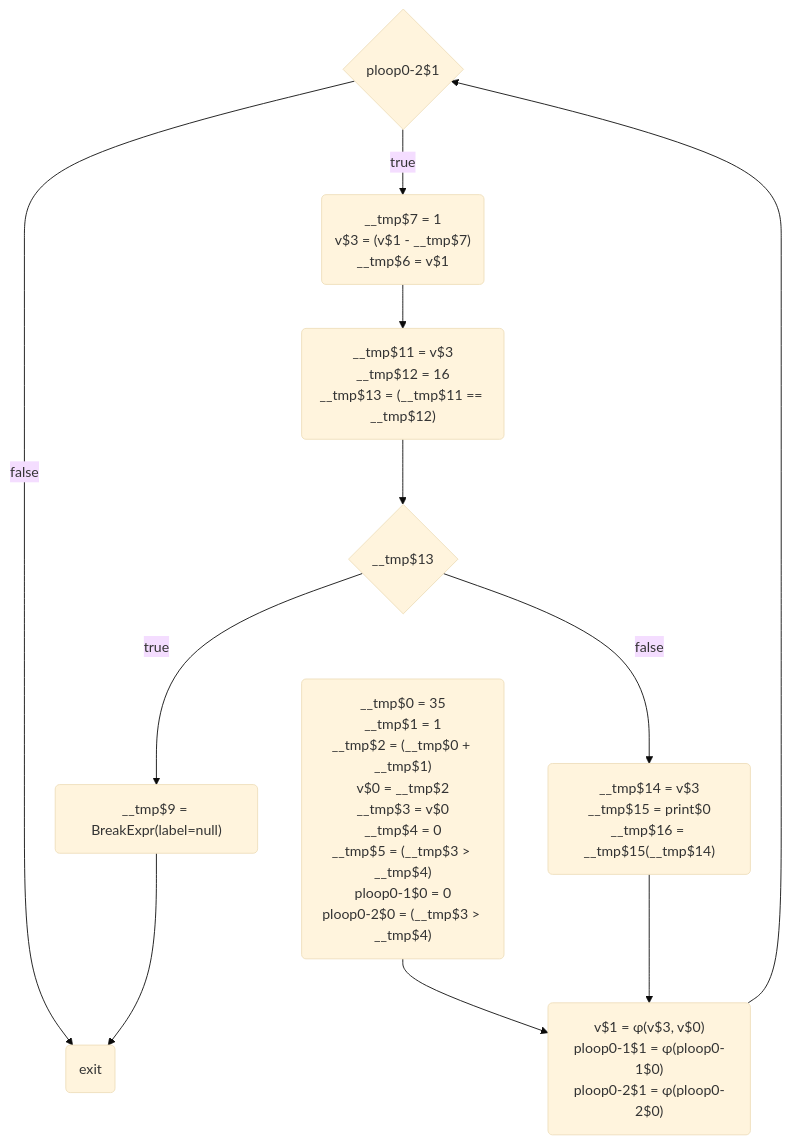
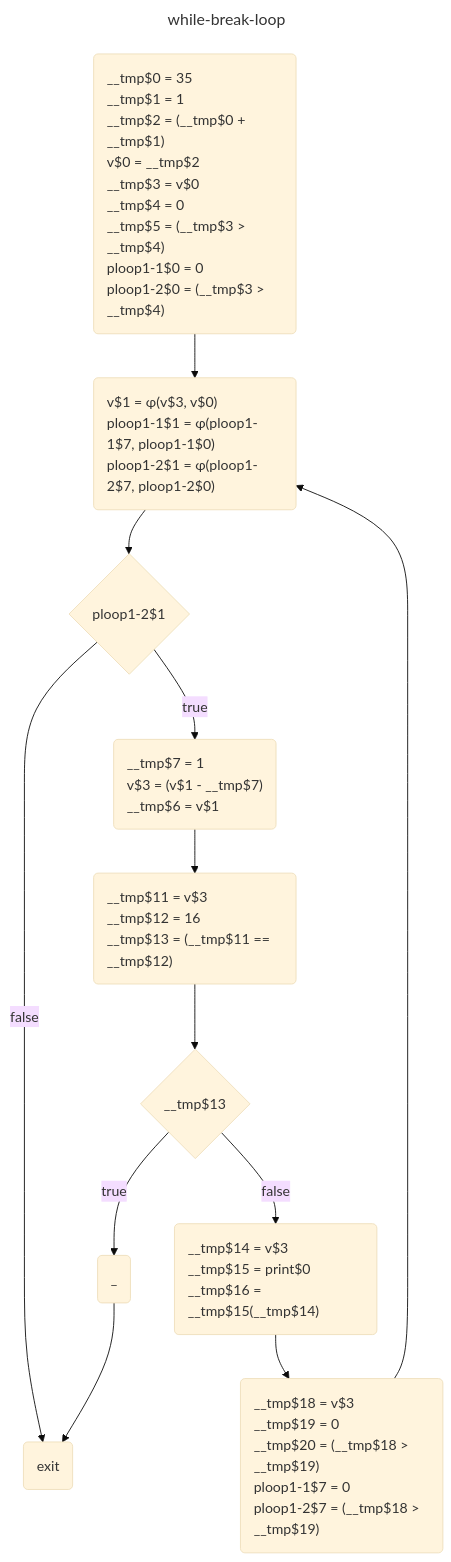
Before and after one commit to dee-tree/sav-lab1: the diagram in res/while-break-loop/ssa-diagram_phi-elim.mmd, drawn with Mermaid (base theme). The commit also changed 33 other files, not shown here.

```diff
--- a/res/while-break-loop/ssa-diagram_phi-elim.mmd
+++ b/res/while-break-loop/ssa-diagram_phi-elim.mmd
@@ -1,20 +1,26 @@
+---
+title: while-break-loop
+---
 flowchart TD
-	cond$20{"ploop0-2$1"}
-	if_cond$22("__tmp$11 = v$3<br>__tmp$12 = 16<br>__tmp$13 = (__tmp$11 == __tmp$12)")
-	while_body$21("__tmp$7 = 1<br>v$3 = (v$1 - __tmp$7)<br>__tmp$6 = v$1")
-	cond$23{"__tmp$13"}
-	while_exit$25("exit")
-	entry$18("__tmp$0 = 35<br>__tmp$1 = 1<br>__tmp$2 = (__tmp$0 + __tmp$1)<br>v$0 = __tmp$2<br>__tmp$3 = v$0<br>__tmp$4 = 0<br>__tmp$5 = (__tmp$3 > __tmp$4)<br>ploop0-1$0 = 0<br>ploop0-2$0 = (__tmp$3 > __tmp$4)")
-	while_start$19("v$1 = φ(v$3, v$0)<br>ploop0-1$1 = φ(ploop0-1$0)<br>ploop0-2$1 = φ(ploop0-2$0)")
-	if_merged$26("__tmp$14 = v$3<br>__tmp$15 = print$0<br>__tmp$16 = __tmp$15(__tmp$14)")
-	if_true$24("__tmp$9 = BreakExpr(label=null)")
-	cond$20 --> |"true"| while_body$21
-	cond$20 --> |"false"| while_exit$25
-	cond$23 --> |"true"| if_true$24
-	entry$18 -->  while_start$19
-	while_start$19 -->  cond$20
-	cond$23 --> |"false"| if_merged$26
-	while_body$21 -->  if_cond$22
-	if_true$24 -->  while_exit$25
-	if_cond$22 -->  cond$23
-	if_merged$26 -->  while_start$19
+	while_start$21("v$1 = φ(v$3, v$0)<br>ploop1-1$1 = φ(ploop1-1$7, ploop1-1$0)<br>ploop1-2$1 = φ(ploop1-2$7, ploop1-2$0)"):::defstyle
+	while_body$23("__tmp$7 = 1<br>v$3 = (v$1 - __tmp$7)<br>__tmp$6 = v$1"):::defstyle
+	entry$20("__tmp$0 = 35<br>__tmp$1 = 1<br>__tmp$2 = (__tmp$0 + __tmp$1)<br>v$0 = __tmp$2<br>__tmp$3 = v$0<br>__tmp$4 = 0<br>__tmp$5 = (__tmp$3 > __tmp$4)<br>ploop1-1$0 = 0<br>ploop1-2$0 = (__tmp$3 > __tmp$4)"):::defstyle
+	null$29("__tmp$18 = v$3<br>__tmp$19 = 0<br>__tmp$20 = (__tmp$18 > __tmp$19)<br>ploop1-1$7 = 0<br>ploop1-2$7 = (__tmp$18 > __tmp$19)"):::defstyle
+	cond$22{"ploop1-2$1"}:::defstyle
+	cond$25{"__tmp$13"}:::defstyle
+	if_cond$24("__tmp$11 = v$3<br>__tmp$12 = 16<br>__tmp$13 = (__tmp$11 == __tmp$12)"):::defstyle
+	while_exit$27("exit"):::defstyle
+	if_merged$28("__tmp$14 = v$3<br>__tmp$15 = print$0<br>__tmp$16 = __tmp$15(__tmp$14)"):::defstyle
+	if_true$26("_"):::defstyle
+	cond$25 --> |"true"| if_true$26
+	if_true$26 -->  while_exit$27
+	while_body$23 -->  if_cond$24
+	entry$20 -->  while_start$21
+	cond$25 --> |"false"| if_merged$28
+	if_merged$28 -->  null$29
+	while_start$21 -->  cond$22
+	cond$22 --> |"false"| while_exit$27
+	if_cond$24 -->  cond$25
+	null$29 -->  while_start$21
+	cond$22 --> |"true"| while_body$23
+classDef defstyle text-align: left;
```
